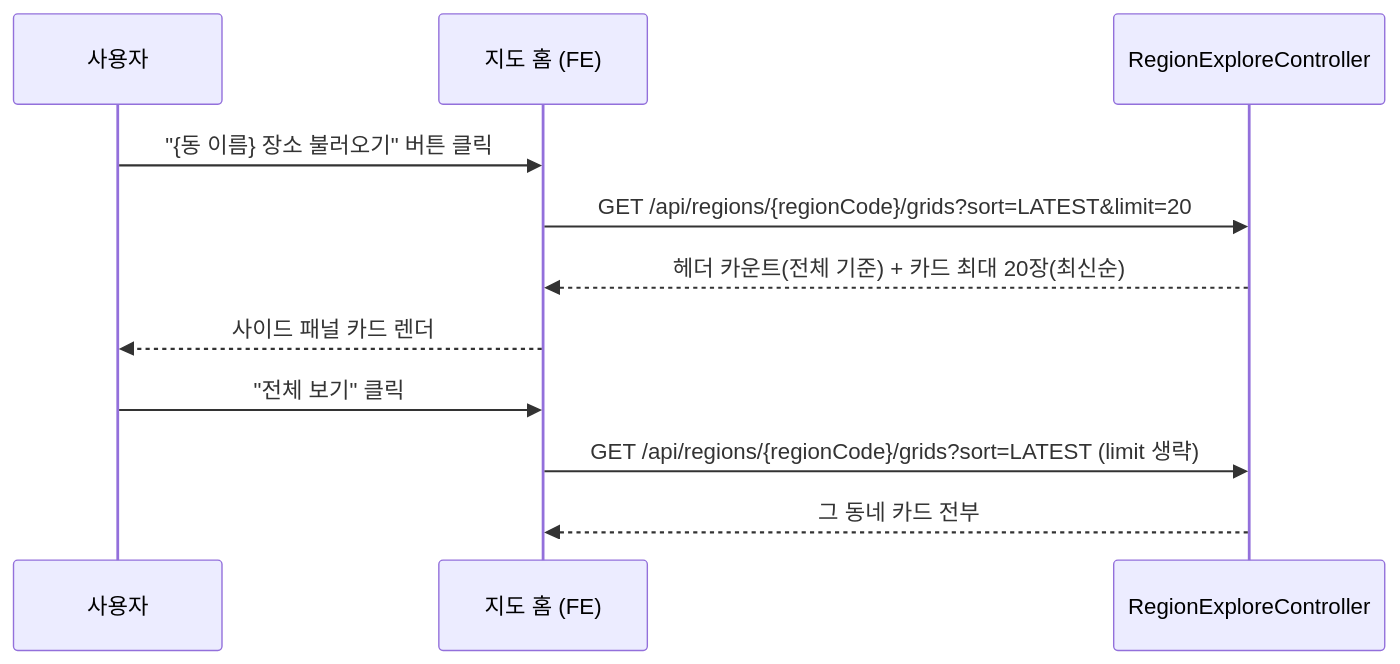
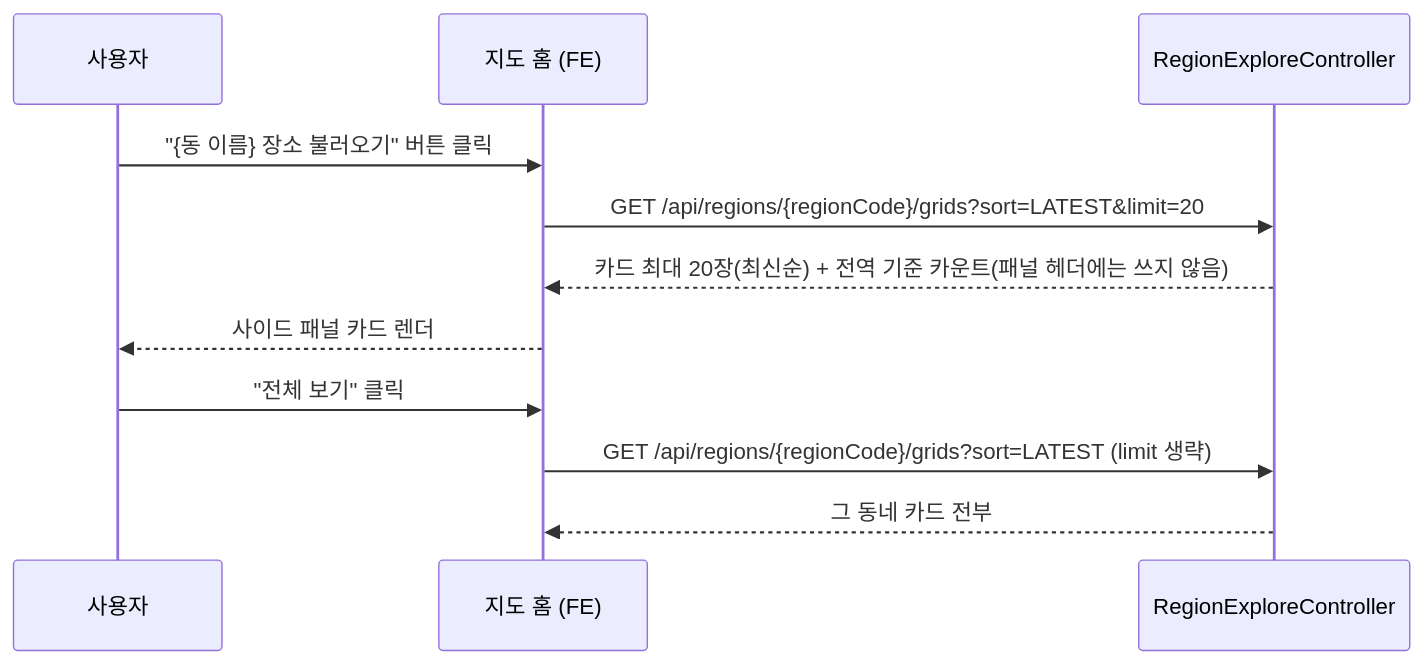
One commit to ASM-MSG/BE changed the diagram in docs/prd/MSG-387-prd.md. Above: the diagram before and after it, drawn with Mermaid. The commit also changed other lines of this file and 4 other files, not shown here.

````diff
--- a/docs/prd/MSG-387-prd.md
+++ b/docs/prd/MSG-387-prd.md
@@ -45,14 +45,14 @@
 ```mermaid
 sequenceDiagram
     participant U as 사용자
     participant FE as 지도 홈 (FE)
     participant API as RegionExploreController
 
     U->>FE: "{동 이름} 장소 불러오기" 버튼 클릭
     FE->>API: GET /api/regions/{regionCode}/grids?sort=LATEST&limit=20
-    API-->>FE: 헤더 카운트(전체 기준) + 카드 최대 20장(최신순)
+    API-->>FE: 카드 최대 20장(최신순) + 전역 기준 카운트(패널 헤더에는 쓰지 않음)
     FE-->>U: 사이드 패널 카드 렌더
     U->>FE: "전체 보기" 클릭
     FE->>API: GET /api/regions/{regionCode}/grids?sort=LATEST (limit 생략)
     API-->>FE: 그 동네 카드 전부
 ```
````
